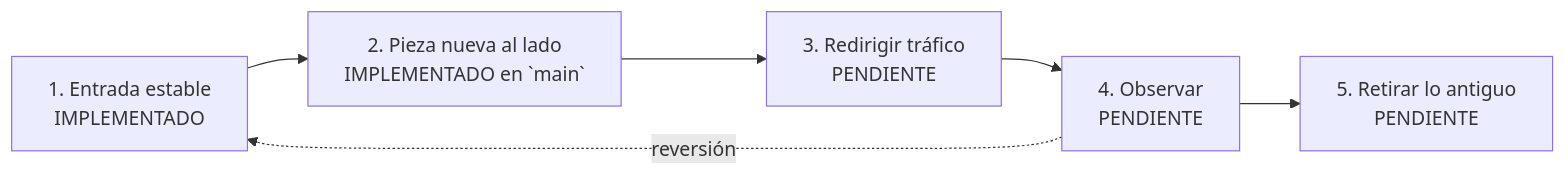
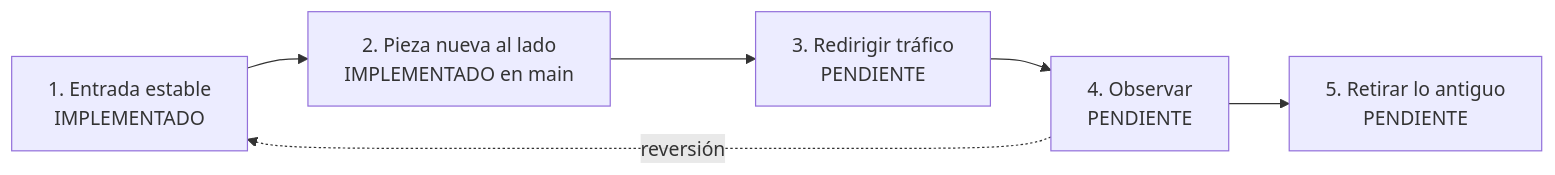
The diagram in docs/migracion/README.md (pillacarodriguezuriel-a11y/social_unsch), drawn with Mermaid before and after one commit. The commit also changed other lines of this file and 44 other files, not shown here.

````diff
--- a/docs/migracion/README.md
+++ b/docs/migracion/README.md
@@ -24,8 +53,8 @@
 ```mermaid
 flowchart LR
-    A["1. Entrada estable<br/>IMPLEMENTADO"] --> B["2. Pieza nueva al lado<br/>IMPLEMENTADO en `main`"]
+    A["1. Entrada estable<br/>IMPLEMENTADO"] --> B["2. Pieza nueva al lado<br/>IMPLEMENTADO en main"]
     B --> C["3. Redirigir tráfico<br/>PENDIENTE"]
     C --> D["4. Observar<br/>PENDIENTE"]
     D --> E["5. Retirar lo antiguo<br/>PENDIENTE"]
     D -. "reversión" .-> A
 ```
````
